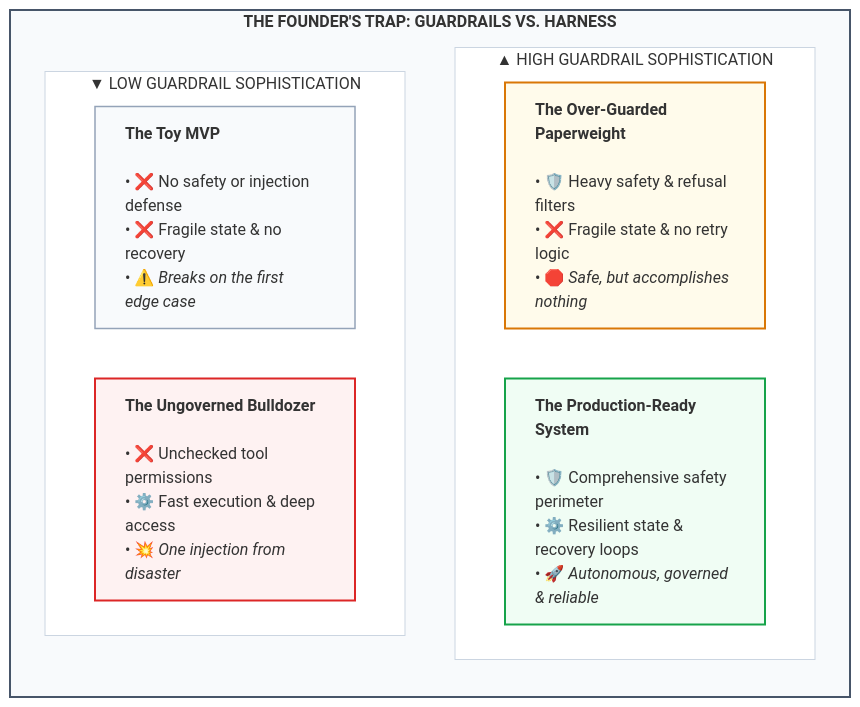
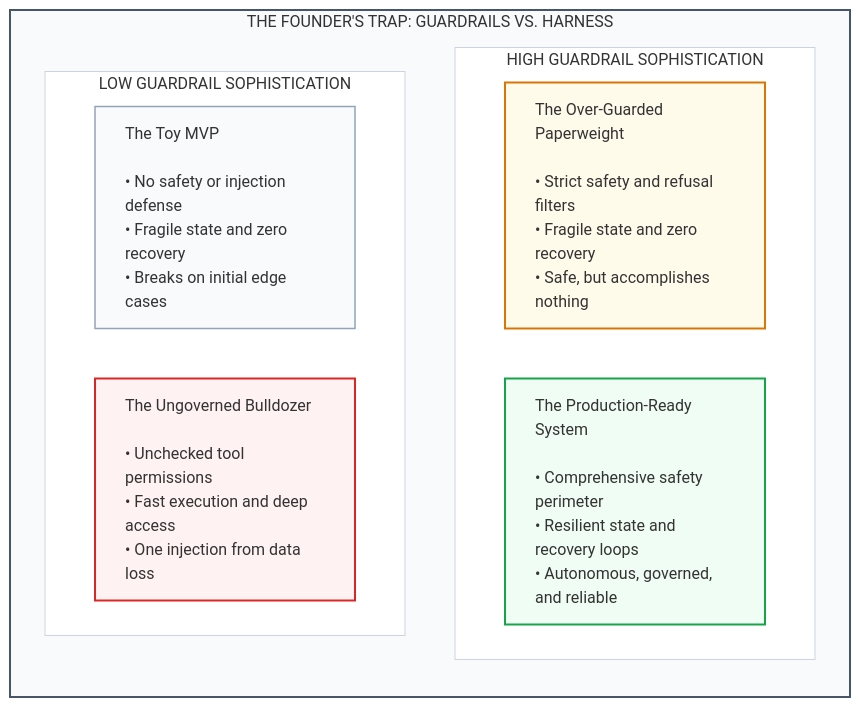
Before and after one commit to keolo/keolo-com: the third of 3 diagrams in content/posts/ai-harness-vs-guardrails.md, drawn with Mermaid. The commit also changed other lines of this file and 4 other files, not shown here.

````diff
--- a/content/posts/ai-harness-vs-guardrails.md
+++ b/content/posts/ai-harness-vs-guardrails.md
@@ -179,26 +171,26 @@
 ```mermaid
 flowchart TB
-    subgraph Matrix ["<b>THE FOUNDER'S TRAP: GUARDRAILS VS. HARNESS</b>"]
+    subgraph Matrix ["THE FOUNDER'S TRAP: GUARDRAILS VS. HARNESS"]
         direction TB
 
-        subgraph HighGuardrails ["▲ HIGH GUARDRAIL SOPHISTICATION"]
+        subgraph HighGuardrails ["HIGH GUARDRAIL SOPHISTICATION"]
             direction LR
-            Paperweight["<b>The Over-Guarded Paperweight</b><br><br>• 🛡️ Heavy safety & refusal filters<br>• ❌ Fragile state & no retry logic<br>• 🛑 <i>Safe, but accomplishes nothing</i>"]
-            Production["<b>The Production-Ready System</b><br><br>• 🛡️ Comprehensive safety perimeter<br>• ⚙️ Resilient state & recovery loops<br>• 🚀 <i>Autonomous, governed & reliable</i>"]
+            Paperweight["The Over-Guarded Paperweight<br><br>• Strict safety and refusal filters<br>• Fragile state and zero recovery<br>• Safe, but accomplishes nothing"]
+            Production["The Production-Ready System<br><br>• Comprehensive safety perimeter<br>• Resilient state and recovery loops<br>• Autonomous, governed, and reliable"]
         end
 
-        subgraph LowGuardrails ["▼ LOW GUARDRAIL SOPHISTICATION"]
+        subgraph LowGuardrails ["LOW GUARDRAIL SOPHISTICATION"]
             direction LR
-            ToyMVP["<b>The Toy MVP</b><br><br>• ❌ No safety or injection defense<br>• ❌ Fragile state & no recovery<br>• ⚠️ <i>Breaks on the first edge case</i>"]
-            Bulldozer["<b>The Ungoverned Bulldozer</b><br><br>• ❌ Unchecked tool permissions<br>• ⚙️ Fast execution & deep access<br>• 💥 <i>One injection from disaster</i>"]
+            ToyMVP["The Toy MVP<br><br>• No safety or injection defense<br>• Fragile state and zero recovery<br>• Breaks on initial edge cases"]
+            Bulldozer["The Ungoverned Bulldozer<br><br>• Unchecked tool permissions<br>• Fast execution and deep access<br>• One injection from data loss"]
         end
     end
 
     style Matrix fill:#f8fafc,stroke:#475569,stroke-width:2px
     style HighGuardrails fill:#ffffff,stroke:#cbd5e1,stroke-width:1px
     style LowGuardrails fill:#ffffff,stroke:#cbd5e1,stroke-width:1px
     style Paperweight fill:#fffbeb,stroke:#d97706,stroke-width:2px,text-align:left
     style Production fill:#f0fdf4,stroke:#16a34a,stroke-width:2px,text-align:left
     style ToyMVP fill:#f8fafc,stroke:#94a3b8,stroke-width:1.5px,text-align:left
     style Bulldozer fill:#fef2f2,stroke:#dc2626,stroke-width:2px,text-align:left
 ```
````
